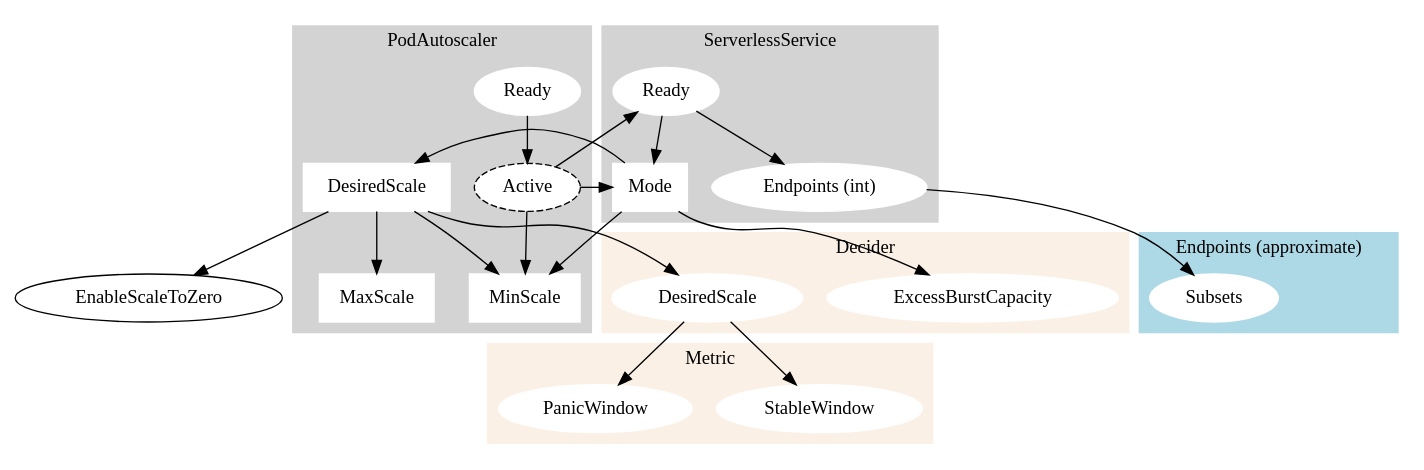
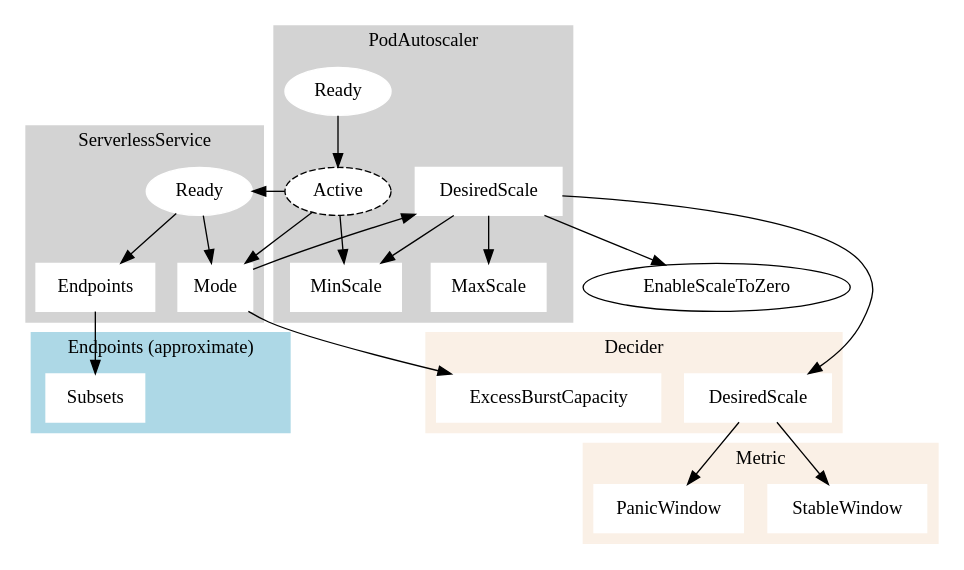
The diagram in src/fix-sks.dot (jonjohnsonjr/graphviz), drawn with Graphviz before and after one commit. The commit also changed 9 other files, not shown here.

```diff
--- a/src/fix-sks.dot
+++ b/src/fix-sks.dot
@@ -1,83 +1,82 @@
 digraph lifecycle {
   graph [style=filled,color=lightgrey]
   node [style=filled,color=white];
 
   EnableScaleToZero [label="EnableScaleToZero", fillcolor=white, color=black, href="https://godoc.org/github.com/knative/serving/pkg/autoscaler#Config.EnableScaleToZero"]
 
   subgraph cluster_kpa {
     label = "PodAutoscaler";
     href="https://godoc.org/github.com/knative/serving/pkg/apis/autoscaling/v1alpha1#PodAutoscalerStatus"
 
     PodAutoscalerConditionReady [label=Ready, href="https://godoc.org/github.com/knative/serving/pkg/apis/autoscaling/v1alpha1#PodAutoscalerConditionReady"]
     PodAutoscalerConditionActive [label=Active, style="filled,dashed", fillcolor=white, color=black, href="https://godoc.org/github.com/knative/serving/pkg/apis/autoscaling/v1alpha1#PodAutoscalerConditionActive"]
 
     PodAutoscalerConditionReady -> PodAutoscalerConditionActive
 
 
     PodAutoscalerMinScale [label=MinScale, shape=box, href="https://godoc.org/github.com/knative/serving/pkg/apis/autoscaling#MinScaleAnnotationKey"]
     PodAutoscalerMaxScale [label=MaxScale, shape=box, href="https://godoc.org/github.com/knative/serving/pkg/apis/autoscaling#MaxScaleAnnotationKey"]
 
     PodAutoscalerDesiredScale [label=DesiredScale, shape=box]
     PodAutoscalerDesiredScale -> PodAutoscalerMinScale
     PodAutoscalerDesiredScale -> PodAutoscalerMaxScale
 
     PodAutoscalerConditionActive -> PodAutoscalerMinScale
 
   }
 
   subgraph cluster_decider {
     label = "Decider";
     href="https://godoc.org/github.com/knative/serving/pkg/autoscaler#DeciderStatus"
     style = filled
     color = linen
 
-    DeciderDesiredScale [label=DesiredScale, href="https://godoc.org/github.com/knative/serving/pkg/autoscaler#DeciderStatus.DesiredScale"]
-    DeciderExcessBurstCapacity [label=ExcessBurstCapacity, href="https://godoc.org/github.com/knative/serving/pkg/autoscaler#DeciderStatus.ExcessBurstCapacity"]
+    DeciderDesiredScale [label=DesiredScale, shape=box, href="https://godoc.org/github.com/knative/serving/pkg/autoscaler#DeciderStatus.DesiredScale"]
+    DeciderExcessBurstCapacity [label=ExcessBurstCapacity, shape=box, href="https://godoc.org/github.com/knative/serving/pkg/autoscaler#DeciderStatus.ExcessBurstCapacity"]
   }
 
   subgraph cluster_metric {
     label = "Metric";
     href="https://godoc.org/github.com/knative/serving/pkg/apis/autoscaling/v1alpha1#MetricStatus"
     style = filled
     color = linen
 
-    MetricStableWindow [label=StableWindow, href="https://godoc.org/github.com/knative/serving/pkg/apis/autoscaling/v1alpha1#MetricStableWindow"]
-    MetricPanicWindow [label=PanicWindow, href="https://godoc.org/github.com/knative/serving/pkg/apis/autoscaling/v1alpha1#MetricPanicWindow"]
+    MetricStableWindow [label=StableWindow, shape=box, href="https://godoc.org/github.com/knative/serving/pkg/apis/autoscaling/v1alpha1#MetricStableWindow"]
+    MetricPanicWindow [label=PanicWindow, shape=box, href="https://godoc.org/github.com/knative/serving/pkg/apis/autoscaling/v1alpha1#MetricPanicWindow"]
   }
 
   subgraph cluster_sks {
     label = "ServerlessService";
     href="https://godoc.org/github.com/knative/serving/pkg/apis/networking/v1alpha1#ServerlessServiceStatus"
 
     ServerlessServiceConditionReady [label=Ready, href="https://godoc.org/github.com/knative/serving/pkg/apis/networking/v1alpha1#ServerlessServiceConditionReady"]
-    ServerlessServiceConditionEndspointsPopulated [label="Endpoints (int)", href="https://godoc.org/github.com/knative/serving/pkg/apis/networking/v1alpha1#ServerlessServiceConditionEndspointsPopulated"]
+    ServerlessServiceConditionEndspointsPopulated [label="Endpoints", shape=box, href="https://godoc.org/github.com/knative/serving/pkg/apis/networking/v1alpha1#ServerlessServiceConditionEndspointsPopulated"]
     ServerlessServiceMode [label=Mode, shape=box, href="https://godoc.org/github.com/knative/serving/pkg/apis/networking/v1alpha1#ServerlessServiceSpec.Mode"]
 
     ServerlessServiceConditionReady -> ServerlessServiceConditionEndspointsPopulated
     ServerlessServiceConditionReady -> ServerlessServiceMode
   }
 
   subgraph cluster_endpoints {
     label = "Endpoints (approximate)";
-    href = "https://godoc.org/k8s.io/api/apps/v1#Endpoints"
+    href = "https://godoc.org/k8s.io/kubernetes/pkg/apis/core#Endpoints"
     style = filled
     color = lightblue
 
-    EndpointsSubsets [label=Subsets, href="https://godoc.org/k8s.io/api/apps/v1#Endpoints.Subsets"]
+    EndpointsSubsets [label=Subsets, shape=box, href="https://godoc.org/k8s.io/kubernetes/pkg/apis/core#Endpoints.Subsets"]
   }
 
   PodAutoscalerConditionActive -> ServerlessServiceConditionReady
   PodAutoscalerConditionActive -> ServerlessServiceMode
 
   PodAutoscalerDesiredScale -> DeciderDesiredScale
   PodAutoscalerDesiredScale -> EnableScaleToZero
 
   DeciderDesiredScale -> MetricStableWindow
   DeciderDesiredScale -> MetricPanicWindow
 
   ServerlessServiceConditionEndspointsPopulated -> EndpointsSubsets
 
   ServerlessServiceMode -> DeciderExcessBurstCapacity
   ServerlessServiceMode -> PodAutoscalerDesiredScale
-  ServerlessServiceMode -> PodAutoscalerMinScale
 }
```
